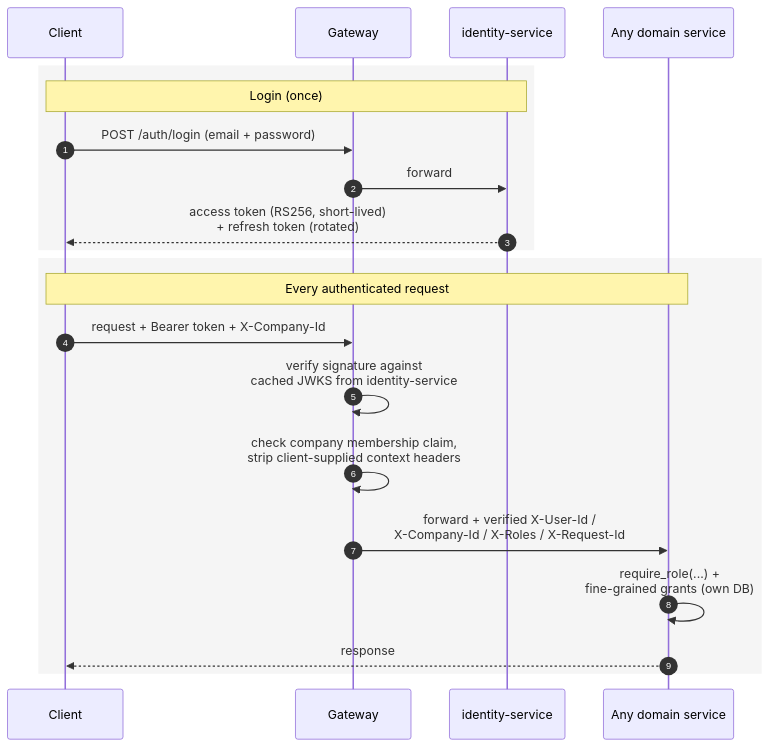
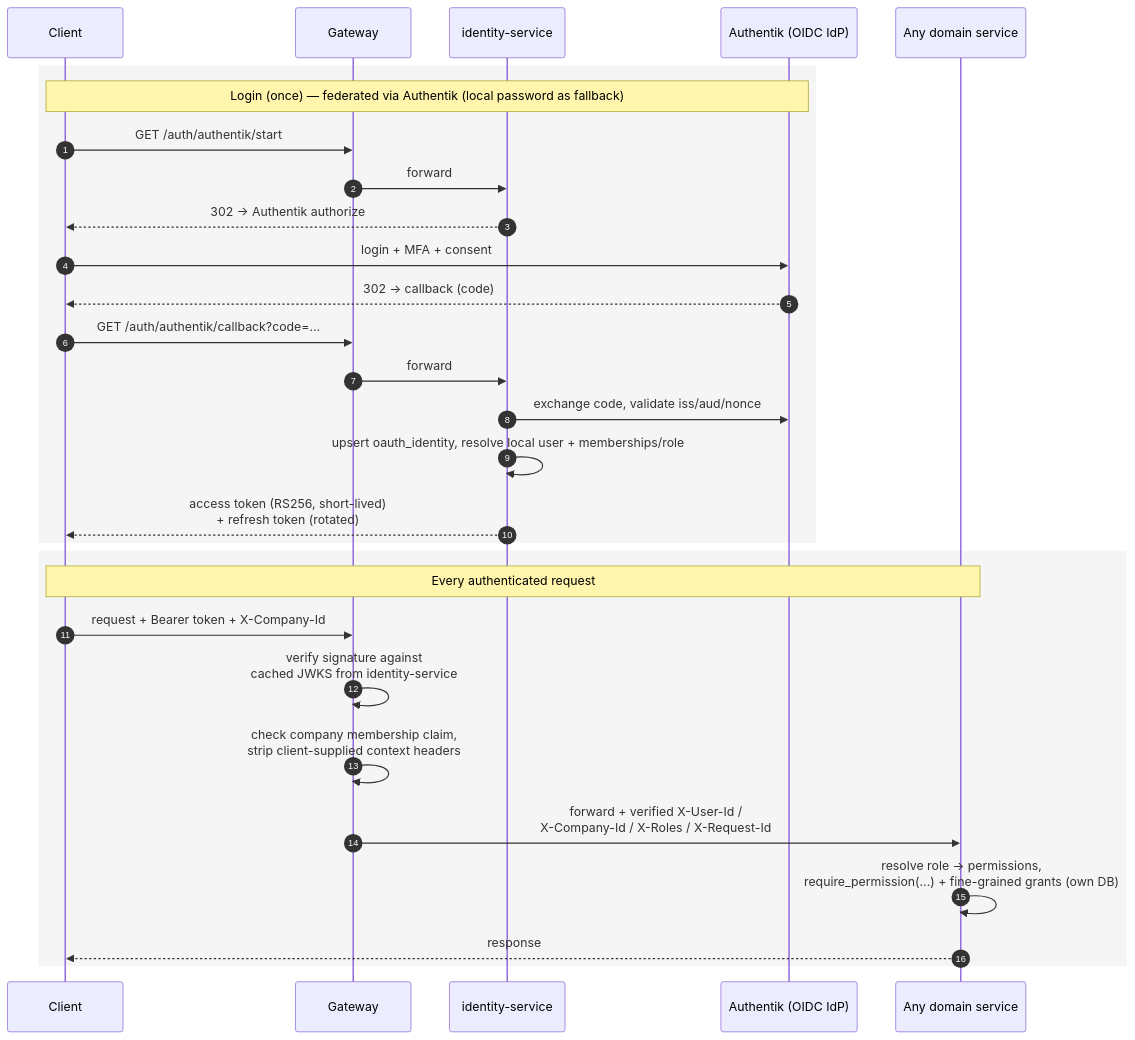
One commit to stoychev07-art/7X7-microservice changed the fifth of 6 diagrams in docs/01-architecture-overview.md. Above: the diagram before and after it, drawn with Mermaid. The commit also changed other lines of this file and 65 other files, not shown here.

First line of the commit message:
Enhance architecture and service documentation

````diff
--- a/docs/01-architecture-overview.md
+++ b/docs/01-architecture-overview.md
@@ -242,25 +309,33 @@
 ```mermaid
 sequenceDiagram
     autonumber
     participant C as Client
     participant GW as Gateway
     participant ID as identity-service
+    participant AK as Authentik (OIDC IdP)
     participant S as Any domain service
 
     rect rgb(245, 245, 245)
-        Note over C,ID: Login (once)
-        C->>GW: POST /auth/login (email + password)
+        Note over C,AK: Login (once) — federated via Authentik (local password as fallback)
+        C->>GW: GET /auth/authentik/start
         GW->>ID: forward
+        ID-->>C: 302 → Authentik authorize
+        C->>AK: login + MFA + consent
+        AK-->>C: 302 → callback (code)
+        C->>GW: GET /auth/authentik/callback?code=…
+        GW->>ID: forward
+        ID->>AK: exchange code, validate iss/aud/nonce
+        ID->>ID: upsert oauth_identity, resolve local user + memberships/role
         ID-->>C: access token (RS256, short-lived)<br/>+ refresh token (rotated)
     end
 
     rect rgb(245, 245, 245)
         Note over C,S: Every authenticated request
         C->>GW: request + Bearer token + X-Company-Id
         GW->>GW: verify signature against<br/>cached JWKS from identity-service
         GW->>GW: check company membership claim,<br/>strip client-supplied context headers
         GW->>S: forward + verified X-User-Id /<br/>X-Company-Id / X-Roles / X-Request-Id
-        S->>S: require_role(...) +<br/>fine-grained grants (own DB)
+        S->>S: resolve role → permissions,<br/>require_permission(...) + fine-grained grants (own DB)
         S-->>C: response
     end
 ```
````
